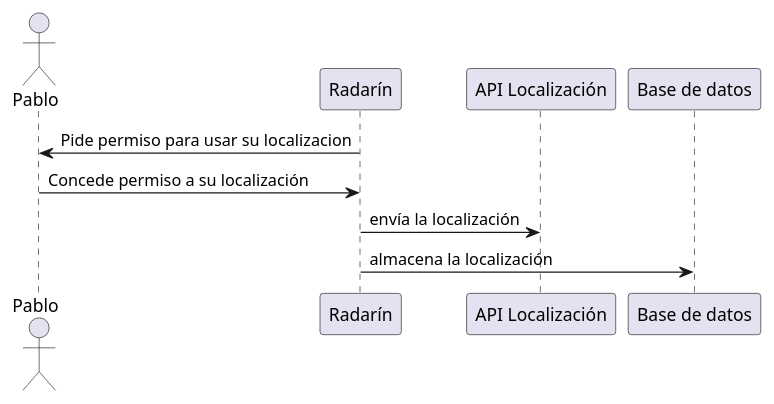
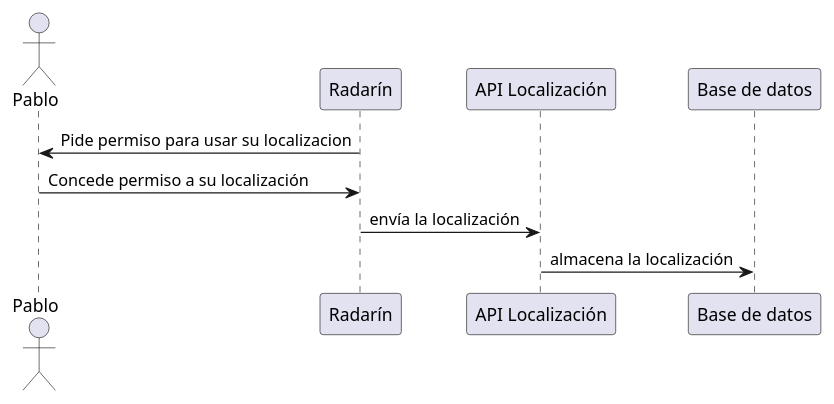
One commit to Arquisoft/radarin_es4a changed the fifth of 6 diagrams in webapp/docs/06_runtime_view.adoc. Above: the diagram before and after it, drawn with PlantUML. The commit also changed other lines of this file and 204 other files, not shown here.

```diff
--- a/webapp/docs/06_runtime_view.adoc
+++ b/webapp/docs/06_runtime_view.adoc
@@ -111,11 +111,11 @@
 [plantuml,"compartir_ubicacion",png]
 ----
 actor Pablo
 participant  "Radarín"
 participant "API Localización"
 participant "Base de datos"
 "Radarín" -> Pablo: Pide permiso para usar su localizacion
 Pablo -> "Radarín": Concede permiso a su localización
 "Radarín" -> "API Localización": envía la localización
-"Radarín" -> "Base de datos": almacena la localización
+"API Localización" -> "Base de datos": almacena la localización
 ----
```
